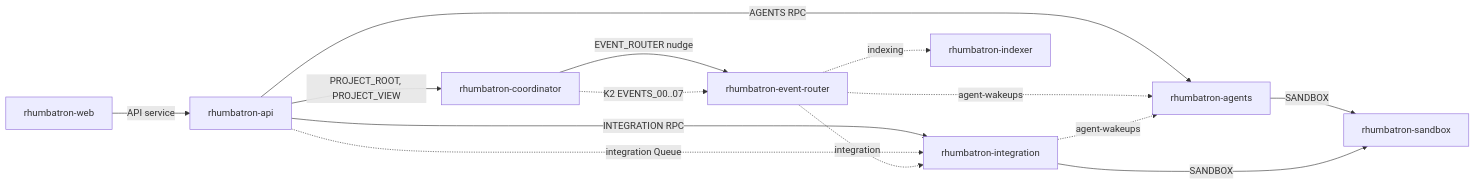
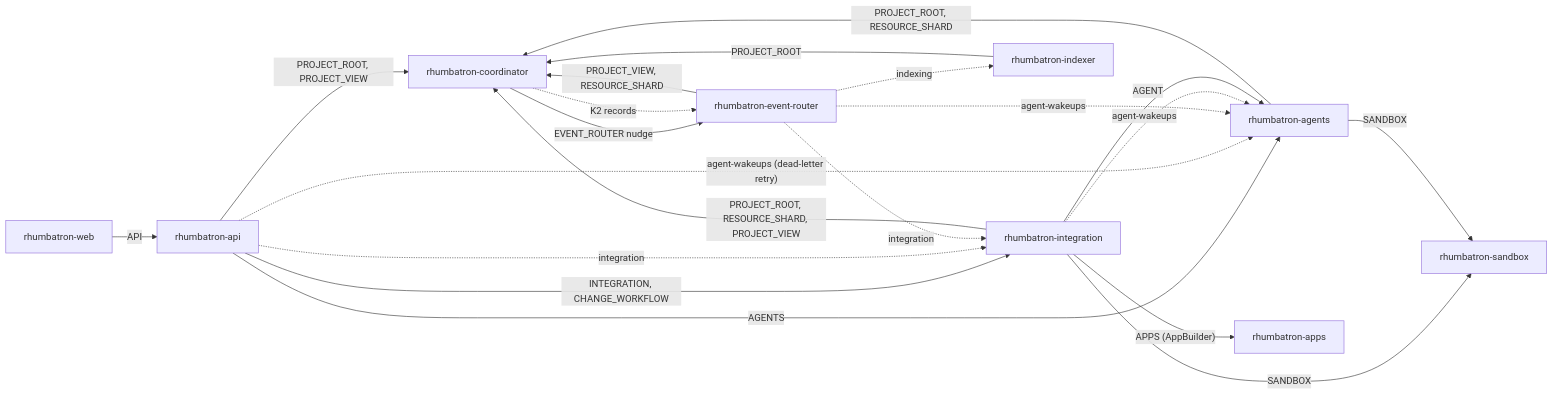
The second of 4 diagrams in docs/architecture/README.md (nsudhanva/rhumbatron), drawn with Mermaid before and after one commit. The commit also changed other lines of this file and 47 other files, not shown here.

````diff
--- a/docs/architecture/README.md
+++ b/docs/architecture/README.md
@@ -93,25 +108,33 @@
 ```mermaid
 flowchart LR
   WEB["rhumbatron-web"]
   API["rhumbatron-api"]
   COORD["rhumbatron-coordinator"]
   ER["rhumbatron-event-router"]
   INT["rhumbatron-integration"]
   AG["rhumbatron-agents"]
   IDX["rhumbatron-indexer"]
   SBX["rhumbatron-sandbox"]
+  APPS["rhumbatron-apps"]
 
-  WEB -->|"API service"| API
+  WEB -->|"API"| API
   API -->|"PROJECT_ROOT, PROJECT_VIEW"| COORD
-  API -->|"INTEGRATION RPC"| INT
-  API -->|"AGENTS RPC"| AG
-  API -.->|"integration Queue"| INT
+  API -->|"INTEGRATION, CHANGE_WORKFLOW"| INT
+  API -->|"AGENTS"| AG
+  API -.->|"integration"| INT
+  API -.->|"agent-wakeups (dead-letter retry)"| AG
   COORD -->|"EVENT_ROUTER nudge"| ER
-  COORD -.->|"K2 EVENTS_00..07"| ER
+  COORD -.->|"K2 records"| ER
+  ER -->|"PROJECT_VIEW, RESOURCE_SHARD"| COORD
   ER -.->|"agent-wakeups"| AG
   ER -.->|"integration"| INT
   ER -.->|"indexing"| IDX
   INT -.->|"agent-wakeups"| AG
+  INT -->|"PROJECT_ROOT, RESOURCE_SHARD, PROJECT_VIEW"| COORD
+  INT -->|"AGENT"| AG
+  INT -->|"SANDBOX"| SBX
+  INT -->|"APPS (AppBuilder)"| APPS
+  AG -->|"PROJECT_ROOT, RESOURCE_SHARD"| COORD
   AG -->|"SANDBOX"| SBX
-  INT -->|"SANDBOX"| SBX
+  IDX -->|"PROJECT_ROOT"| COORD
 ```
````
